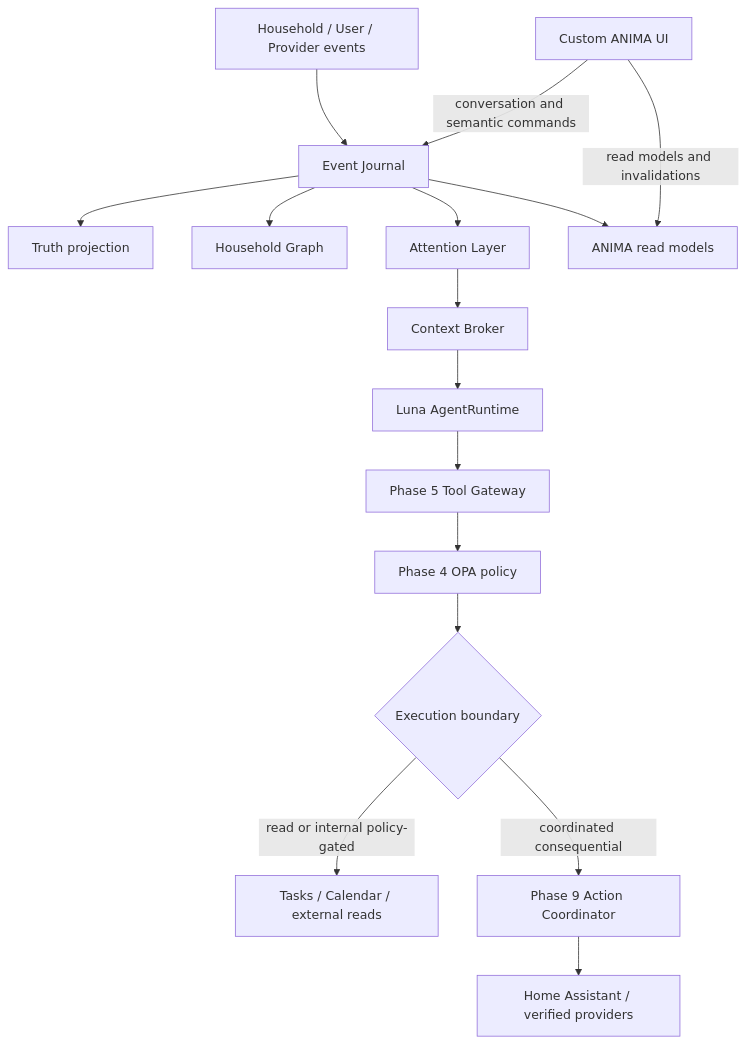
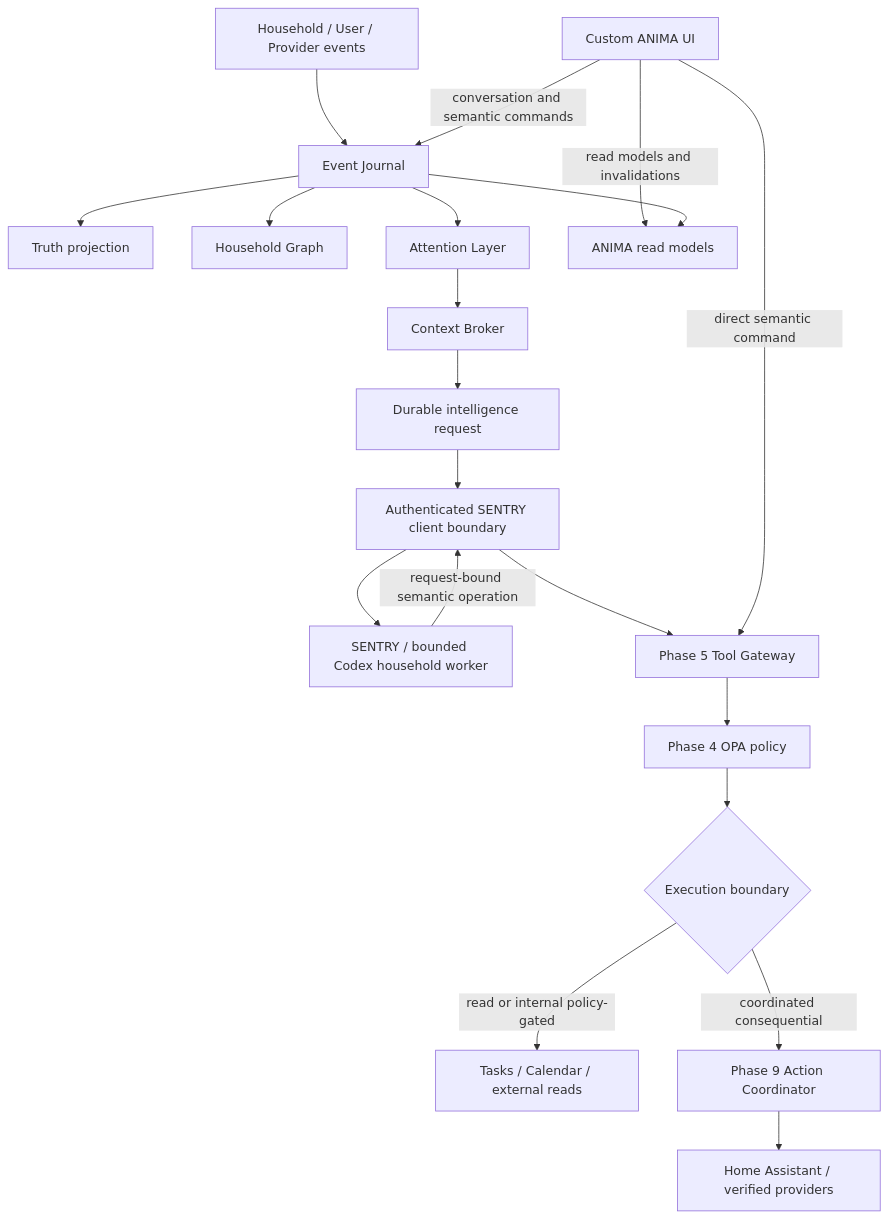
One commit to SketchOTP/ANIMA-Home-Automation changed the diagram in README.md. Above: the diagram before and after it, drawn with Mermaid. The commit also changed other lines of this file and 42 other files, not shown here.

Commit message:
Connect owner household and deliver graphical ANIMA console with bounded Codex assistance

````diff
--- a/README.md
+++ b/README.md
@@ -15,18 +15,22 @@
 ```mermaid
 flowchart TD
     U[Household / User / Provider events] --> J[Event Journal]
     J --> T[Truth projection]
     J --> G[Household Graph]
     J --> A[Attention Layer]
     A --> C[Context Broker]
-    C --> L[Luna AgentRuntime]
-    L --> TG[Phase 5 Tool Gateway]
+    C --> IR[Durable intelligence request]
+    IR --> SB[Authenticated SENTRY client boundary]
+    SB --> L[SENTRY / bounded Codex household worker]
+    L -->|request-bound semantic operation| SB
+    SB --> TG[Phase 5 Tool Gateway]
     TG --> P[Phase 4 OPA policy]
     P --> X{Execution boundary}
     X -->|read or internal policy-gated| S[Tasks / Calendar / external reads]
     X -->|coordinated consequential| AC[Phase 9 Action Coordinator]
     AC --> HA[Home Assistant / verified providers]
     UI[Custom ANIMA UI] -->|conversation and semantic commands| J
+    UI -->|direct semantic command| TG
     UI -->|read models and invalidations| RM[ANIMA read models]
     J --> RM
 ```
````
